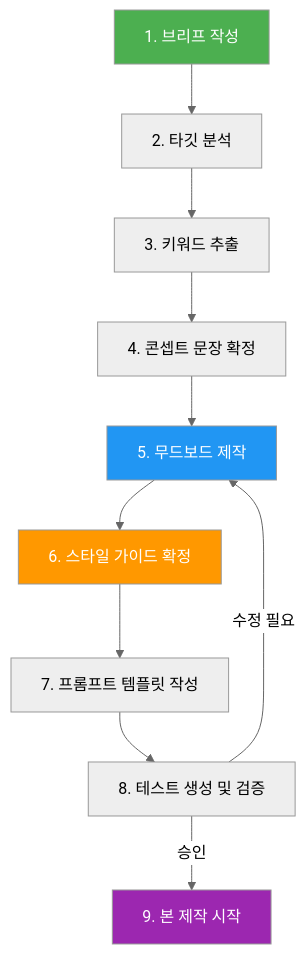
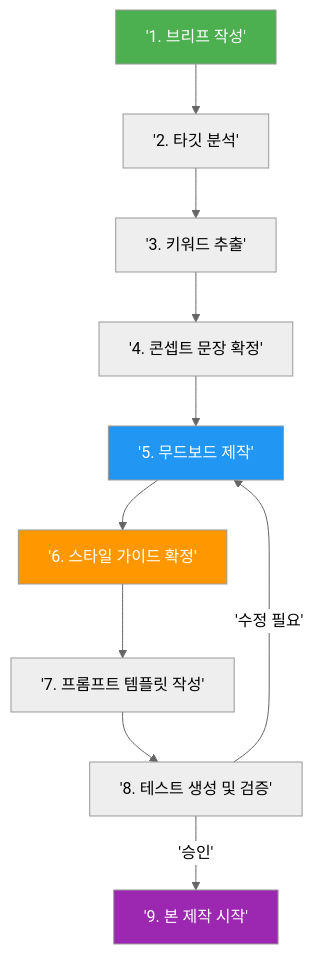
The third of 3 diagrams in 12-ch12-실전-포트폴리오-프로젝트/01-01-프로젝트-기획-브리프에서-무드보드까지.md (jsonpassion/forge-tutorial-promptcanvas), drawn with Mermaid (neutral theme) before and after one commit. The commit also changed other lines of this file and 63 other files, not shown here.

````diff
--- a/12-ch12-실전-포트폴리오-프로젝트/01-01-프로젝트-기획-브리프에서-무드보드까지.md
+++ b/12-ch12-실전-포트폴리오-프로젝트/01-01-프로젝트-기획-브리프에서-무드보드까지.md
@@ -206,17 +162,17 @@
 ```mermaid
 flowchart TD
-    A["1. 브리프 작성"] --> B["2. 타깃 분석"]
-    B --> C["3. 키워드 추출"]
-    C --> D["4. 콘셉트 문장 확정"]
-    D --> E["5. 무드보드 제작"]
-    E --> F["6. 스타일 가이드 확정"]
-    F --> G["7. 프롬프트 템플릿 작성"]
-    G --> H["8. 테스트 생성 및 검증"]
-    H -->|"수정 필요"| E
-    H -->|"승인"| I["9. 본 제작 시작"]
+    A['1. 브리프 작성'] --> B['2. 타깃 분석']
+    B --> C['3. 키워드 추출']
+    C --> D['4. 콘셉트 문장 확정']
+    D --> E['5. 무드보드 제작']
+    E --> F['6. 스타일 가이드 확정']
+    F --> G['7. 프롬프트 템플릿 작성']
+    G --> H['8. 테스트 생성 및 검증']
+    H -->|'수정 필요'| E
+    H -->|'승인'| I['9. 본 제작 시작']
 
     style A fill:#4CAF50,color:#fff
     style E fill:#2196F3,color:#fff
     style F fill:#FF9800,color:#fff
     style I fill:#9C27B0,color:#fff
 ```
````
